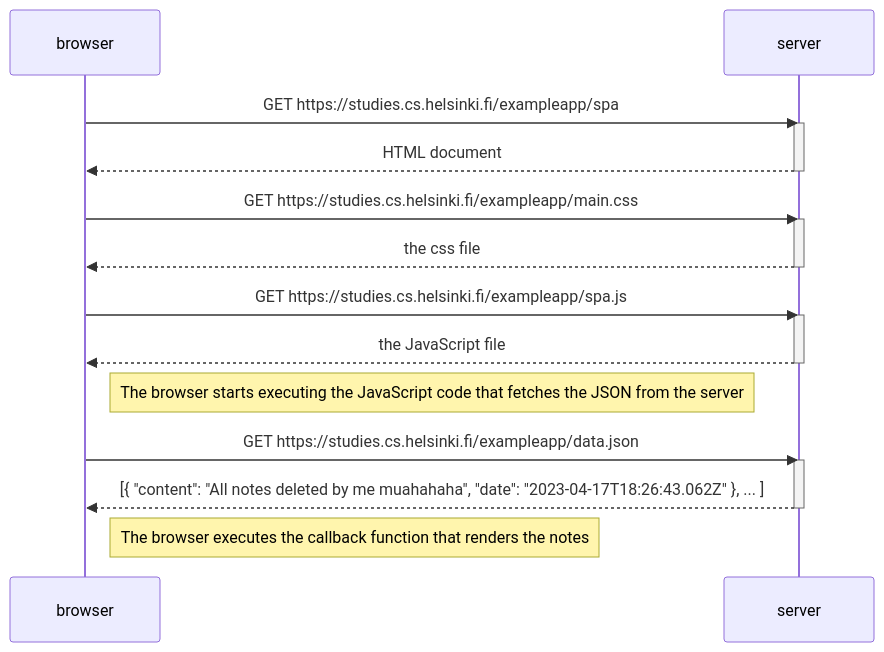
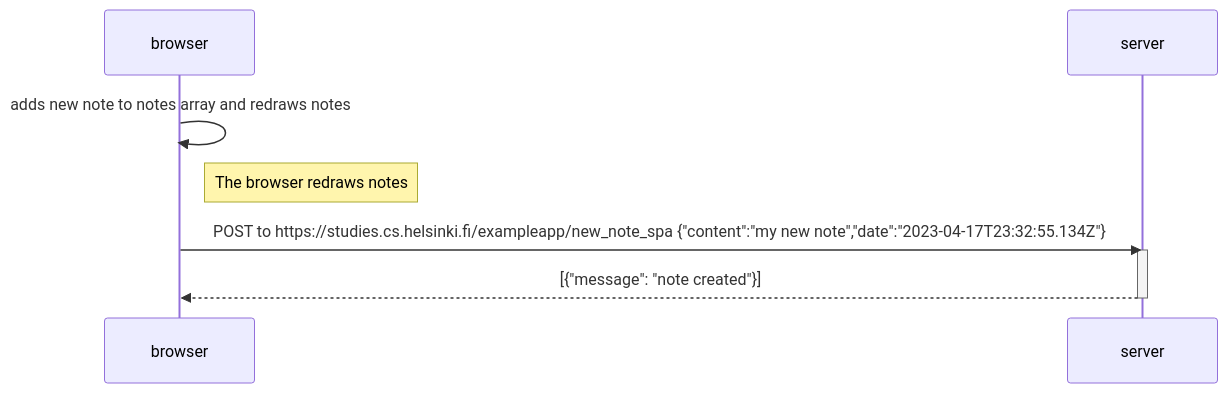
One commit to Piranya/part0 changed the second of 2 diagrams in spa.md. Above: the diagram before and after it, drawn with Mermaid. The commit also changed other lines of this file, not shown here.

````diff
--- a/spa.md
+++ b/spa.md
@@ -30,29 +31,15 @@
 ```mermaid
 sequenceDiagram
     participant browser
     participant server
 
-    browser->>server: GET https://studies.cs.helsinki.fi/exampleapp/spa
+    browser->>browser: adds new note to notes array and redraws notes 
+
+    Note right of browser: The browser redraws notes
+
+    browser->>server: POST to https://studies.cs.helsinki.fi/exampleapp/new_note_spa {"content":"my new note","date":"2023-04-17T23:32:55.134Z"}
     activate server
-    server-->>browser: HTML document
+    server-->>browser: [{"message": "note created"}]
     deactivate server
 
-    browser->>server: GET https://studies.cs.helsinki.fi/exampleapp/main.css
-    activate server
-    server-->>browser: the css file
-    deactivate server
-
-    browser->>server: GET https://studies.cs.helsinki.fi/exampleapp/spa.js
-    activate server
-    server-->>browser: the JavaScript file
-    deactivate server
-
-    Note right of browser: The browser starts executing the JavaScript code that fetches the JSON from the server
-
-    browser->>server: GET https://studies.cs.helsinki.fi/exampleapp/data.json
-    activate server
-    server-->>browser: [{ "content": "All notes deleted by me muahahaha", "date": "2023-04-17T18:26:43.062Z" }, ... ]
-    deactivate server
-
-    Note right of browser: The browser executes the callback function that renders the notes
 ```
````
